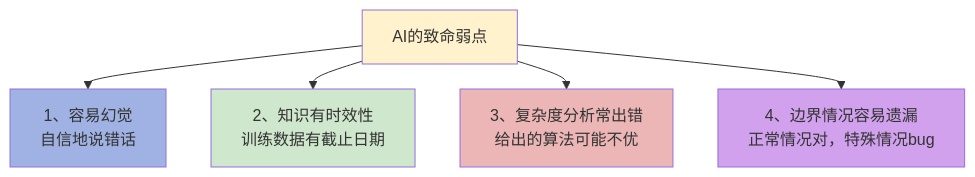
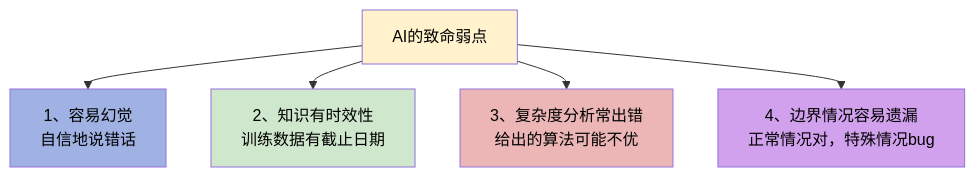
One commit to microwind/algorithms changed the fourth of 5 diagrams in start-here/Why-Programmers-35-Plus-Are-Thriving-in-AI-Era.md. Above: the diagram before and after it, drawn with Mermaid. The commit also changed other lines of this file, not shown here.

````diff
--- a/start-here/Why-Programmers-35-Plus-Are-Thriving-in-AI-Era.md
+++ b/start-here/Why-Programmers-35-Plus-Are-Thriving-in-AI-Era.md
@@ -279,14 +279,14 @@
 ```mermaid
 %%{init: {'flowchart': {'nodeSpacing': 45, 'rankSpacing': 25, 'padding': 15}}}%%
 graph TD
     A["AI的致命弱点"] --> B["1、容易幻觉<br/>自信地说错话"]
     A --> C["2、知识有时效性<br/>训练数据有截止日期"]
     A --> D["3、复杂度分析常出错<br/>给出的算法可能不优"]
     A --> E["4、边界情况容易遗漏<br/>正常情况对，特殊情况bug"]
 
-    style A fill:#fff2cc
-    style B fill:#A0B2E3
-    style C fill:#CFE7CC
-    style D fill:#ECB6B6
-    style E fill:#D1A1ED
+    style A fill:#fff2cc,color:#000000
+    style B fill:#A0B2E3,color:#000000
+    style C fill:#CFE7CC,color:#000000
+    style D fill:#ECB6B6,color:#000000
+    style E fill:#D1A1ED,color:#000000
 ```
````
